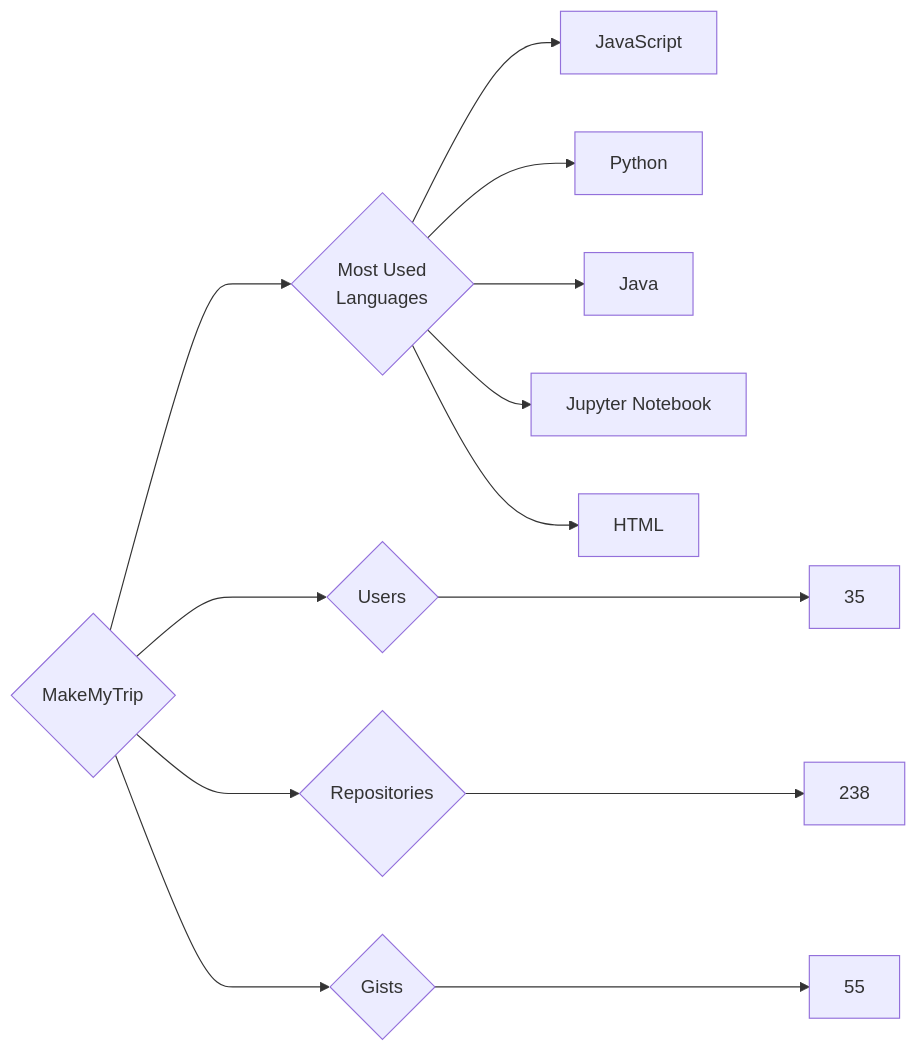
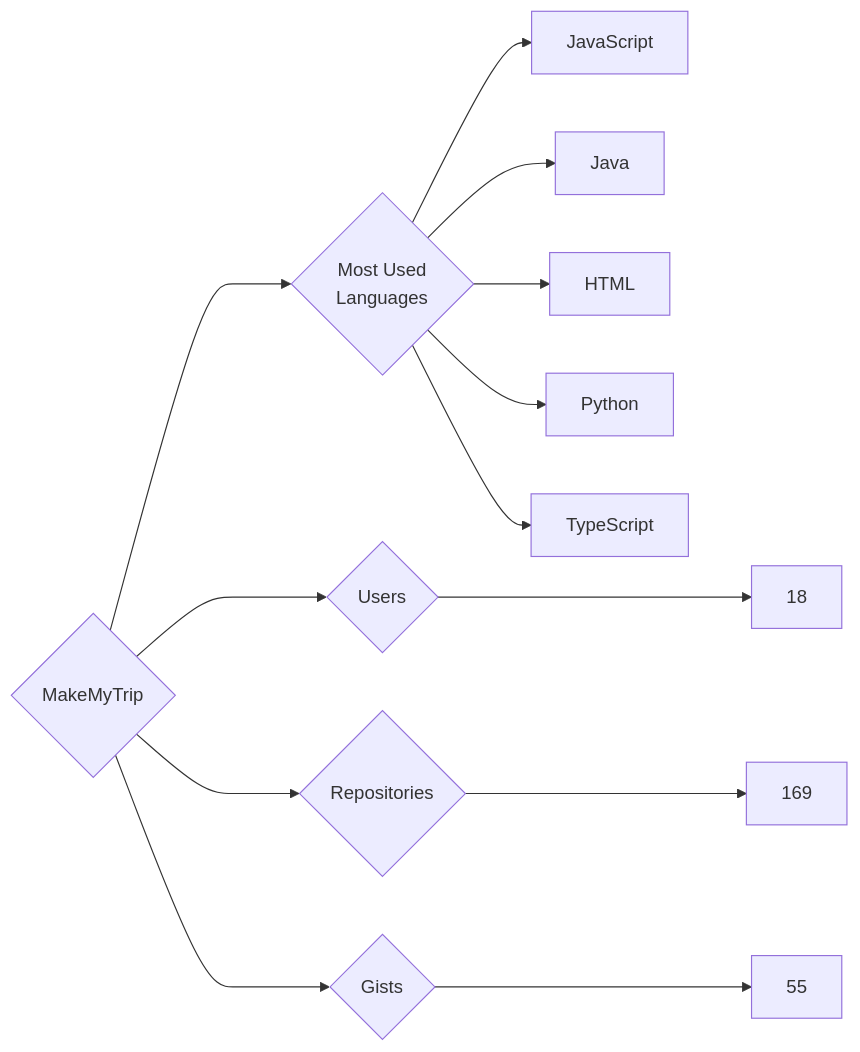
Before and after one commit to trickest/insiders: the diagram in targets/MakeMyTrip/README.md, drawn with Mermaid. The commit also changed 894 other files, not shown here.

````diff
--- a/targets/MakeMyTrip/README.md
+++ b/targets/MakeMyTrip/README.md
@@ -3,13 +3,13 @@
 ```mermaid
 graph LR
 COMPANY_NAME{MakeMyTrip}
-COMPANY_NAME ---> U{Users} ---> UN[35]
-COMPANY_NAME ---> R{Repositories} ---> RN[238]
+COMPANY_NAME ---> U{Users} ---> UN[18]
+COMPANY_NAME ---> R{Repositories} ---> RN[169]
 COMPANY_NAME ---> G{Gists} ---> GN[55]
 COMPANY_NAME ---> ML{Most Used<br>Languages}
 ML --> JavaScript[JavaScript]
+ML --> Java[Java]
+ML --> HTML[HTML]
 ML --> Python[Python]
-ML --> Java[Java]
-ML --> Jupyter_Notebook[Jupyter Notebook]
-ML --> HTML[HTML]
+ML --> TypeScript[TypeScript]
 ```
````
